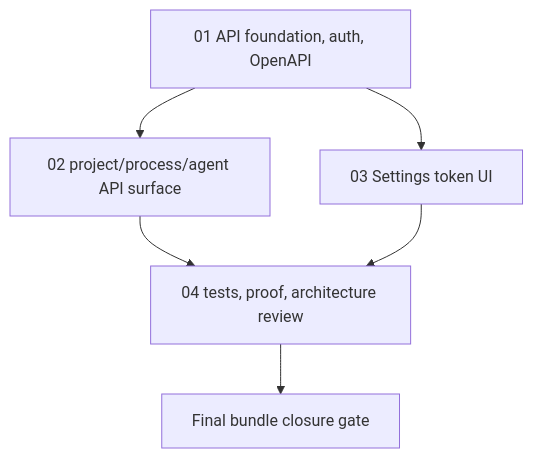
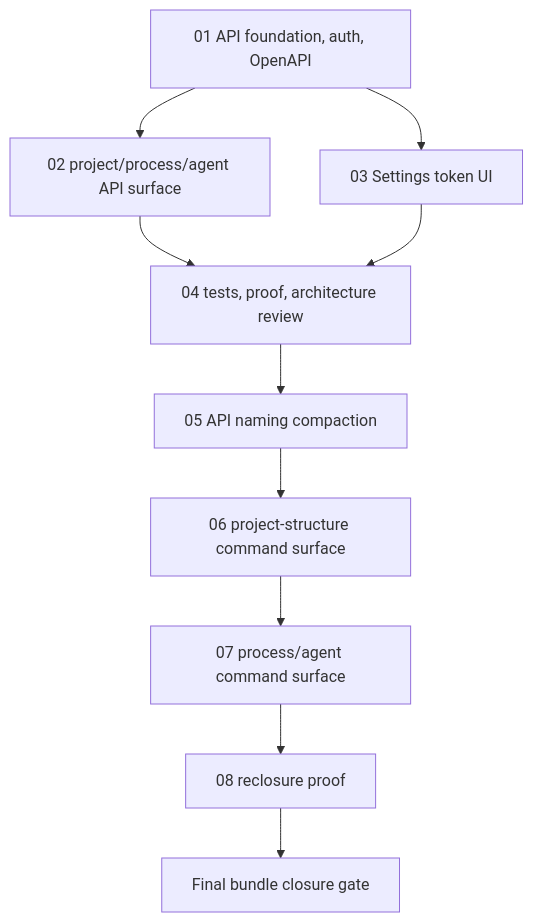
Before and after one commit to fyziktom/CanDoItAll: the diagram in .codex/bundles/api-swagger-jwt-dev-control-plane/plan/01-phase-plan.md, drawn with Mermaid. The commit also changed other lines of this file and 38 other files, not shown here.

````diff
--- a/.codex/bundles/api-swagger-jwt-dev-control-plane/plan/01-phase-plan.md
+++ b/.codex/bundles/api-swagger-jwt-dev-control-plane/plan/01-phase-plan.md
@@ -13,8 +16,12 @@
 ```mermaid
 flowchart TD
     S1["01 API foundation, auth, OpenAPI"] --> S2["02 project/process/agent API surface"]
     S1 --> S3["03 Settings token UI"]
     S2 --> S4["04 tests, proof, architecture review"]
     S3 --> S4
-    S4 --> Close["Final bundle closure gate"]
+    S4 --> S5["05 API naming compaction"]
+    S5 --> S6["06 project-structure command surface"]
+    S6 --> S7["07 process/agent command surface"]
+    S7 --> S8["08 reclosure proof"]
+    S8 --> Close["Final bundle closure gate"]
 ```
````
